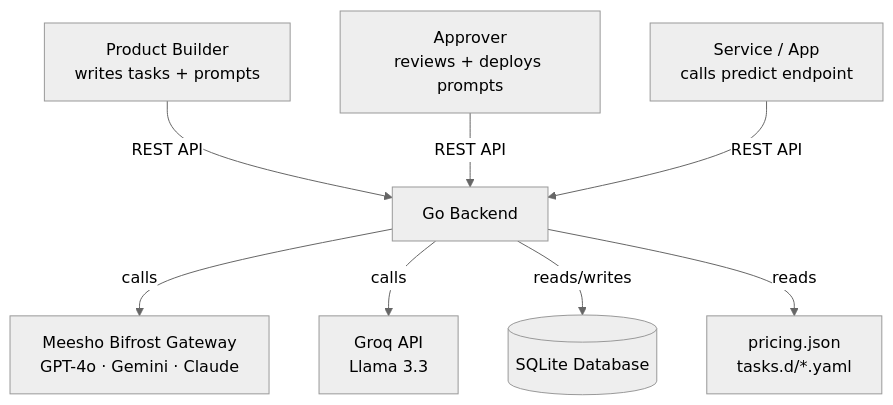
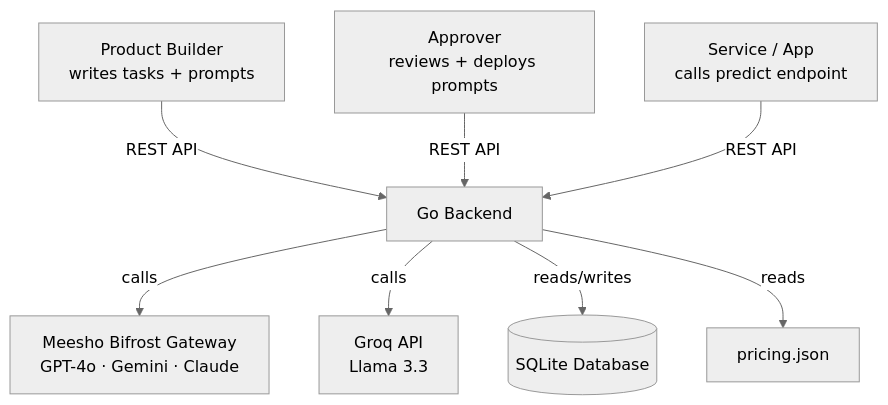
The first of 2 diagrams in llm_platform_go/docs/00-big-picture.md (Anushka-meesho/llm_platform), drawn with Mermaid (neutral theme) before and after one commit. The commit also changed 18 other files, not shown here.

````diff
--- a/llm_platform_go/docs/00-big-picture.md
+++ b/llm_platform_go/docs/00-big-picture.md
@@ -36,10 +36,10 @@
 ```mermaid
 graph TD
     PB[Product Builder<br/>writes tasks + prompts] -->|REST API| BE[Go Backend]
     AP[Approver<br/>reviews + deploys prompts] -->|REST API| BE
     SA[Service / App<br/>calls predict endpoint] -->|REST API| BE
     BE -->|calls| MG[Meesho Bifrost Gateway<br/>GPT-4o · Gemini · Claude]
     BE -->|calls| GQ[Groq API<br/>Llama 3.3]
     BE -->|reads/writes| DB[(SQLite Database)]
-    BE -->|reads| CF[pricing.json<br/>tasks.d/*.yaml]
+    BE -->|reads| CF[pricing.json]
 ```
````
